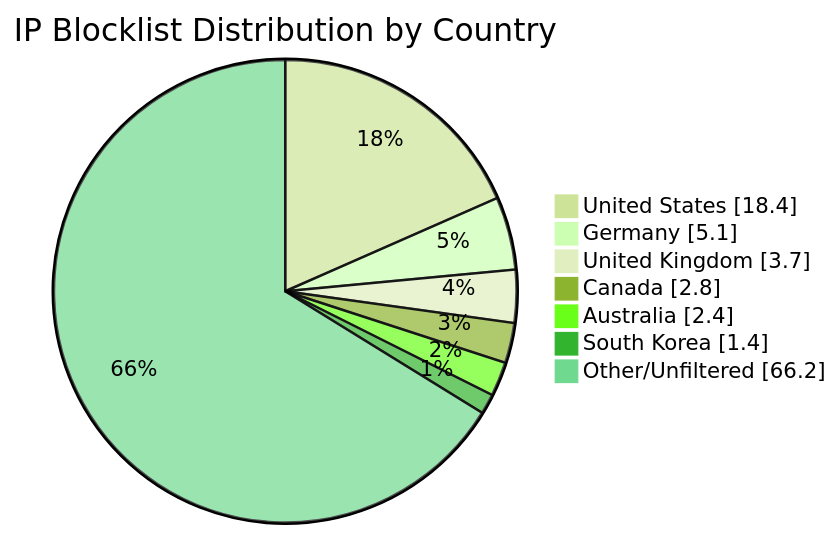
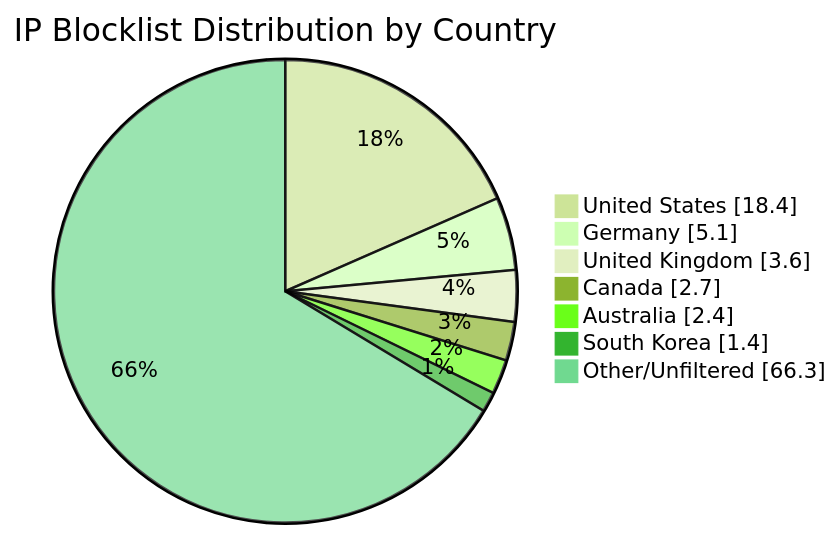
Before and after one commit to MarcusHoltz/ipblocklist-geofiltered-aggregator: the diagram in README.md, drawn with Mermaid (forest theme). The commit also changed other lines of this file and 9 other files, not shown here.

````diff
--- a/README.md
+++ b/README.md
@@ -34,10 +34,10 @@
 ```mermaid
 pie showData title IP Blocklist Distribution by Country
 "United States" : 18.4
 "Germany" : 5.1
-"United Kingdom" : 3.7
-"Canada" : 2.8
+"United Kingdom" : 3.6
+"Canada" : 2.7
 "Australia" : 2.4
 "South Korea" : 1.4
-"Other/Unfiltered" : 66.2
+"Other/Unfiltered" : 66.3
 ```
````
